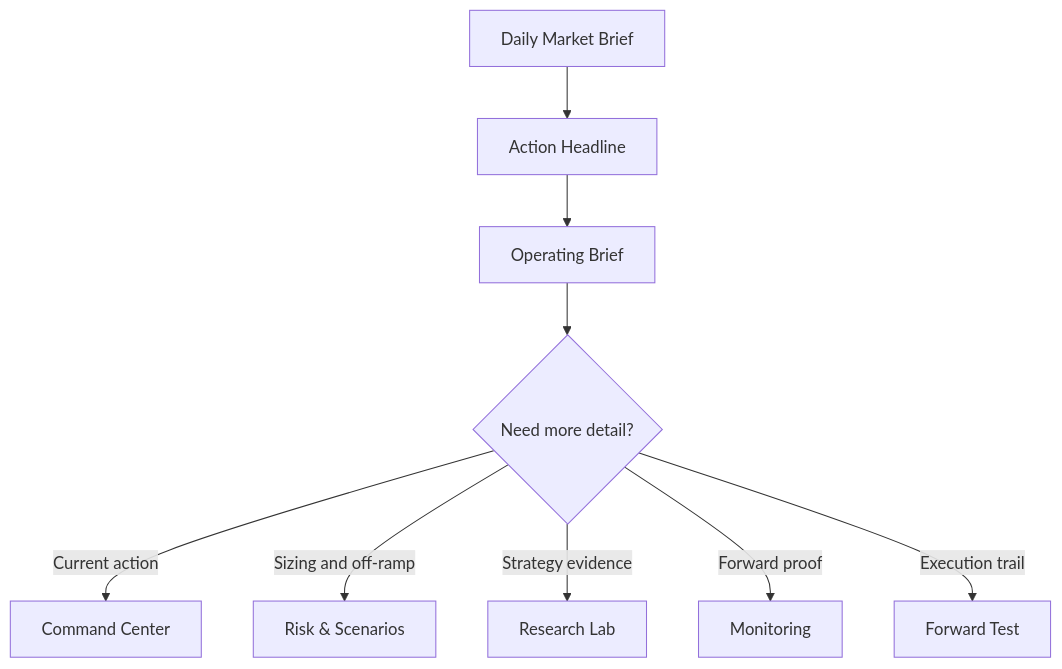
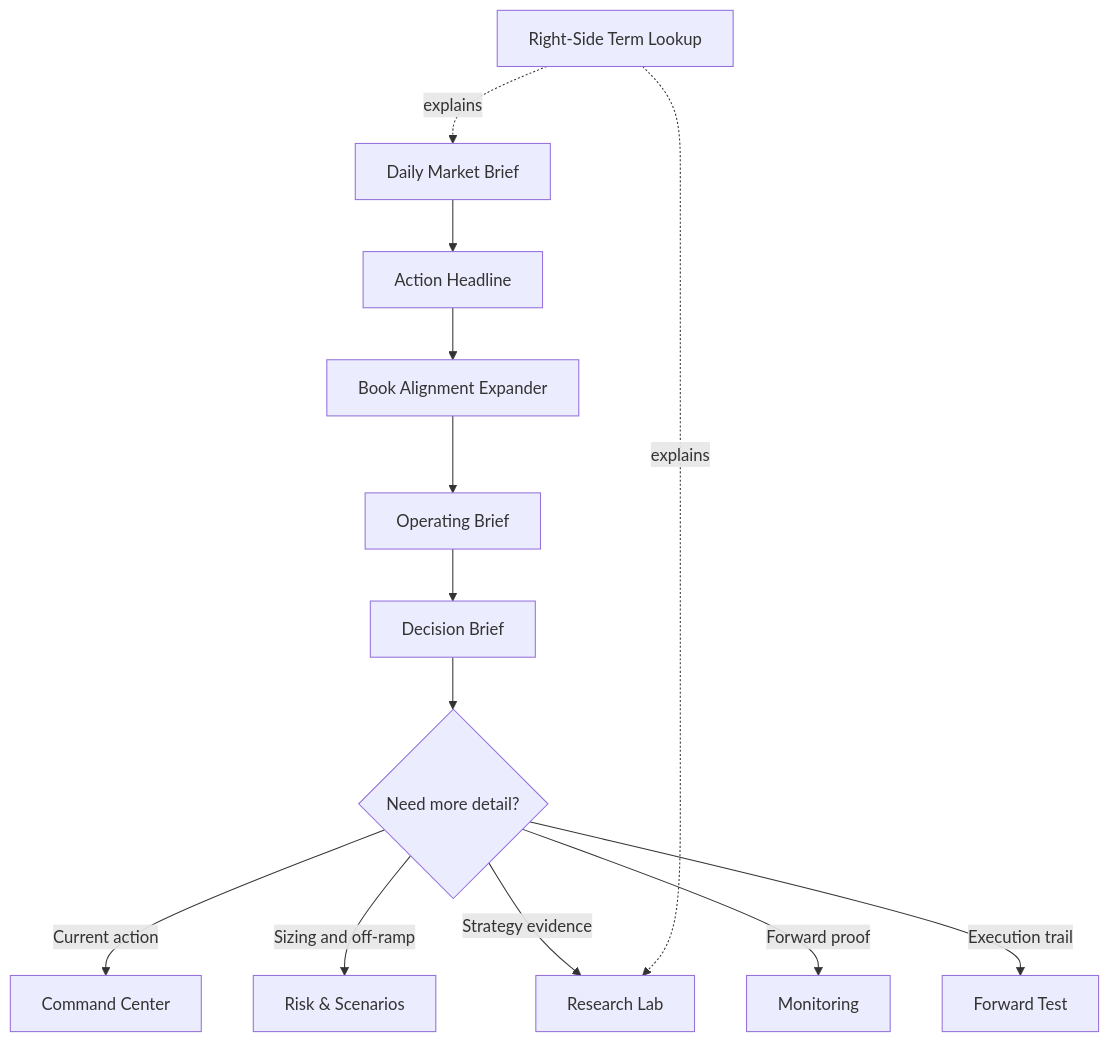
Before and after one commit to Jbultema/trade-bot: the second of 2 diagrams in README.md, drawn with Mermaid. The commit also changed other lines of this file and 13 other files, not shown here.

````diff
--- a/README.md
+++ b/README.md
@@ -136,11 +128,15 @@
 ```mermaid
 flowchart TD
     A[Daily Market Brief] --> B[Action Headline]
-    B --> C[Operating Brief]
-    C --> D{Need more detail?}
-    D -->|Current action| E[Command Center]
-    D -->|Sizing and off-ramp| F[Risk & Scenarios]
-    D -->|Strategy evidence| G[Research Lab]
-    D -->|Forward proof| H[Monitoring]
-    D -->|Execution trail| I[Forward Test]
+    B --> C[Book Alignment Expander]
+    C --> D[Operating Brief]
+    D --> E[Decision Brief]
+    E --> F{Need more detail?}
+    F -->|Current action| G[Command Center]
+    F -->|Sizing and off-ramp| H[Risk & Scenarios]
+    F -->|Strategy evidence| I[Research Lab]
+    F -->|Forward proof| J[Monitoring]
+    F -->|Execution trail| K[Forward Test]
+    L[Right-Side Term Lookup] -. explains .-> A
+    L -. explains .-> I
 ```
````
